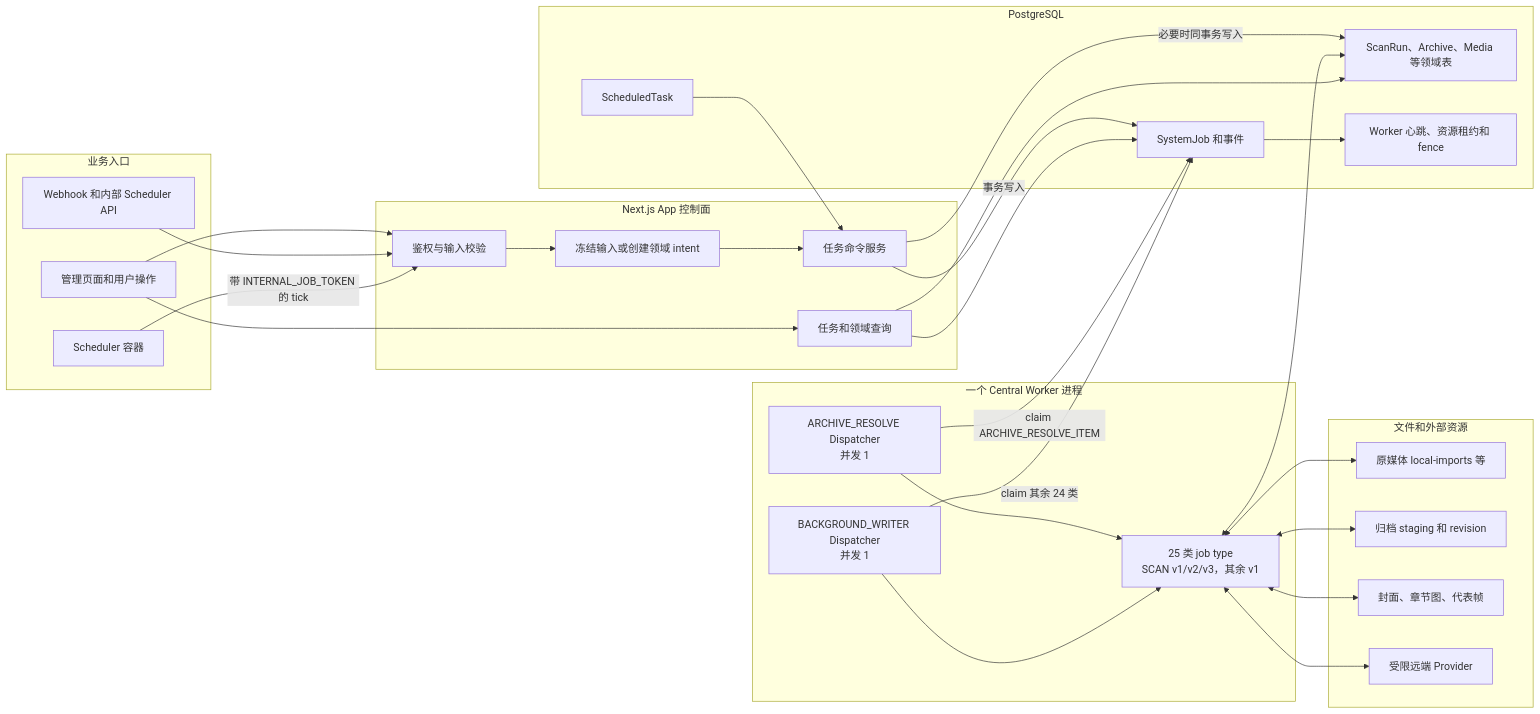
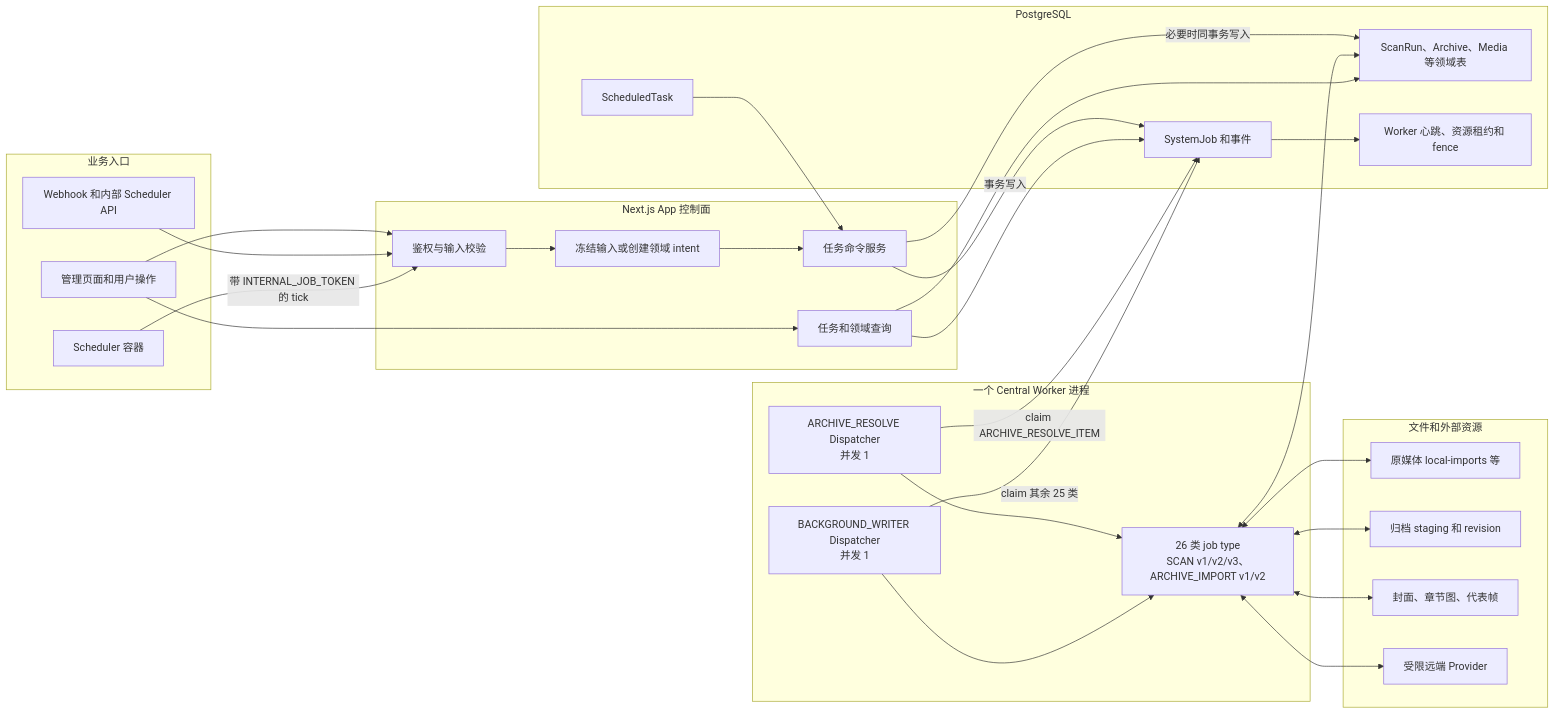
Before and after one commit to namehu/PixiShelf: the first of 12 diagrams in docs/architecture/background-job-business-flows.md, drawn with Mermaid. The commit also changed other lines of this file and 32 other files, not shown here.

````diff
--- a/docs/architecture/background-job-business-flows.md
+++ b/docs/architecture/background-job-business-flows.md
@@ -50,56 +50,56 @@
 ```mermaid
 flowchart LR
   subgraph Entry[业务入口]
     UI[管理页面和用户操作]
     API[Webhook 和内部 Scheduler API]
     SCH[Scheduler 容器]
   end
 
   subgraph App[Next.js App 控制面]
     AUTH[鉴权与输入校验]
     SNAP[冻结输入或创建领域 intent]
     CMD[任务命令服务]
     READ[任务和领域查询]
   end
 
   subgraph DB[PostgreSQL]
     TASK[ScheduledTask]
     JOB[SystemJob 和事件]
     DOMAIN[ScanRun、Archive、Media 等领域表]
     LEASE[Worker 心跳、资源租约和 fence]
   end
 
   subgraph Worker[一个 Central Worker 进程]
     RESOLVE[ARCHIVE_RESOLVE Dispatcher\n并发 1]
     WRITER[BACKGROUND_WRITER Dispatcher\n并发 1]
-    EXEC[25 类 job type\nSCAN v1/v2/v3，其余 v1]
+    EXEC[26 类 job type\nSCAN v1/v2/v3、ARCHIVE_IMPORT v1/v2]
   end
 
   subgraph Storage[文件和外部资源]
     SOURCE[原媒体 local-imports 等]
     ARCHIVE[归档 staging 和 revision]
     DERIVED[封面、章节图、代表帧]
     REMOTE[受限远端 Provider]
   end
 
   UI --> AUTH
   API --> AUTH
   SCH -->|带 INTERNAL_JOB_TOKEN 的 tick| AUTH
   AUTH --> SNAP --> CMD
   TASK --> CMD
   CMD -->|事务写入| JOB
   CMD -->|必要时同事务写入| DOMAIN
   RESOLVE -->|claim ARCHIVE_RESOLVE_ITEM| JOB
-  WRITER -->|claim 其余 24 类| JOB
+  WRITER -->|claim 其余 25 类| JOB
   JOB --> LEASE
   RESOLVE --> EXEC
   WRITER --> EXEC
   EXEC <--> DOMAIN
   EXEC <--> SOURCE
   EXEC <--> ARCHIVE
   EXEC <--> DERIVED
   EXEC <--> REMOTE
   READ --> JOB
   READ --> DOMAIN
   UI --> READ
 ```
````
